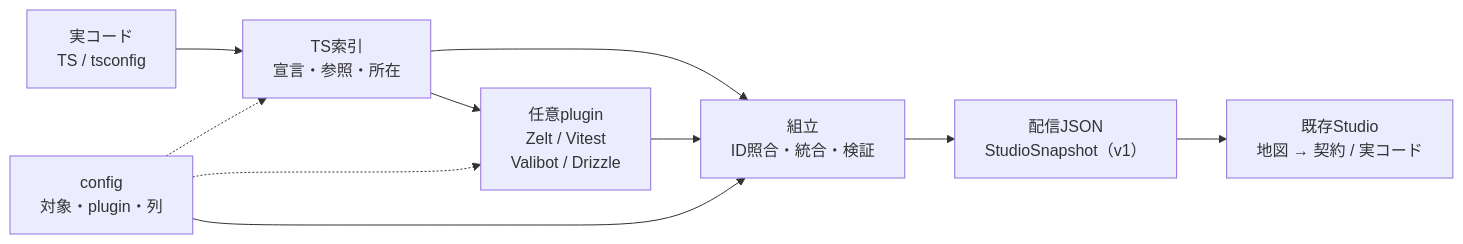
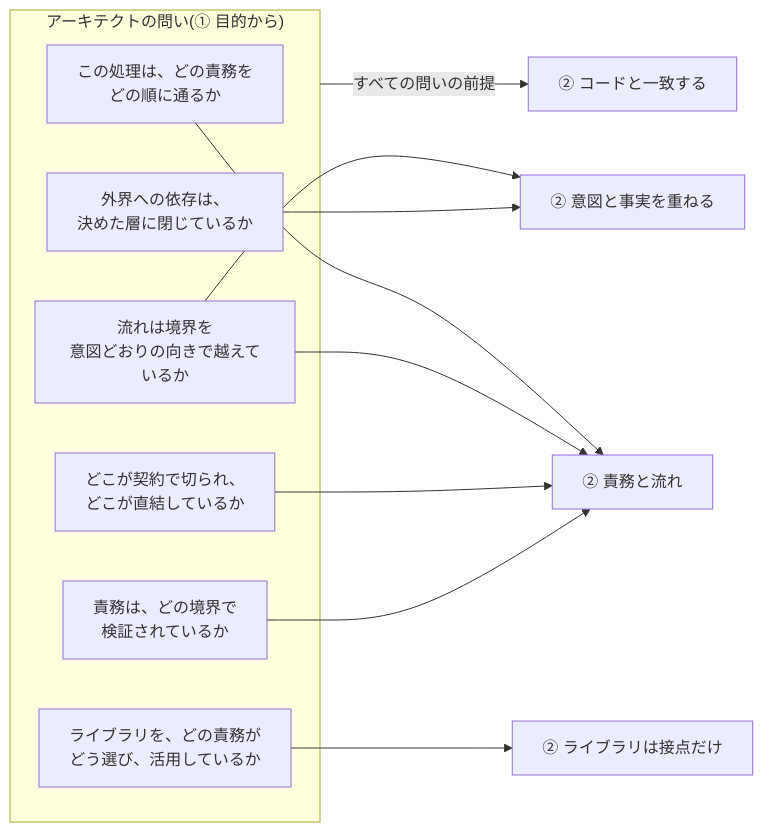
Before and after one commit to zeltjs/zelt: the second of 13 diagrams in mocks/studio-spatial/generic-extraction-design.md, drawn with Mermaid. The commit also changed other lines of this file, not shown here.

First line of the commit message:
[wip] ground studio extraction design in architect-facing policies

```diff
--- a/mocks/studio-spatial/generic-extraction-design.md
+++ b/mocks/studio-spatial/generic-extraction-design.md
@@ -22,12 +94,23 @@
 ~~~mermaid
 flowchart LR
-  S["実コード<br/>TS / tsconfig"] --> T["TS索引<br/>宣言・参照・所在"]
-  T --> P["任意plugin<br/>Zelt / Vitest<br/>Valibot / Drizzle"]
-  T --> A["組立<br/>ID照合・統合・検証"]
-  P --> A
-  C["config<br/>対象・plugin・列"] --> A
-  C -.-> T
-  C -.-> P
-  A --> G["配信JSON<br/>StudioSnapshot（v1）"]
-  G --> V["既存Studio<br/>地図 → 契約 / 実コード"]
+  subgraph Q["アーキテクトの問い(① 目的から)"]
+    Q1["この処理は、どの責務を<br/>どの順に通るか"]
+    Q2["流れは境界を<br/>意図どおりの向きで越えているか"]
+    Q3["どこが契約で切られ、<br/>どこが直結しているか"]
+    Q4["外界への依存は、<br/>決めた層に閉じているか"]
+    Q5["ライブラリを、どの責務が<br/>どう選び、活用しているか"]
+    Q6["責務は、どの境界で<br/>検証されているか"]
+  end
+  A["② 責務と流れ"]
+  B["② ライブラリは接点だけ"]
+  C["② 意図と事実を重ねる"]
+  D["② コードと一致する"]
+  Q1 --> A
+  Q2 --> A
+  Q3 --> A
+  Q6 --> A
+  Q2 --> C
+  Q4 --> C
+  Q5 --> B
+  Q -->|すべての問いの前提| D
 ~~~
```
